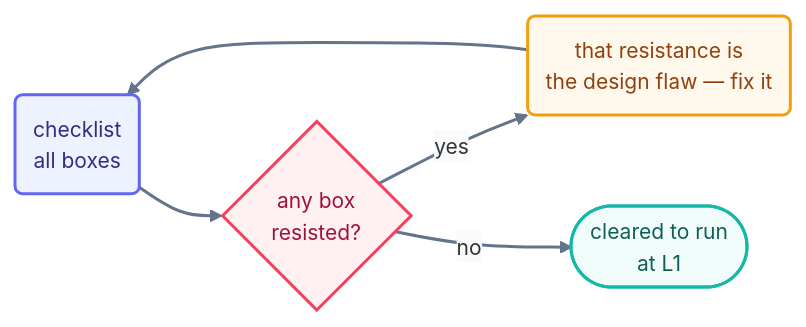
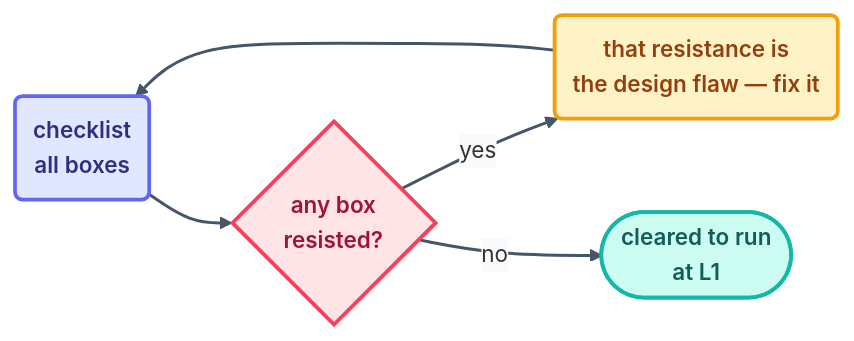
Before and after one commit to ayeshakhalid192007-dev/LoopEngineering-CrashCourse: the diagram in docs/09-methods/loop-design-checklist.md, drawn with Mermaid. The commit also changed 66 other files, not shown here.

First line of the commit message:
docs(diagrams): visibly bolder pass — deeper fills, heavier strokes, semibold labels

````diff
--- a/docs/09-methods/loop-design-checklist.md
+++ b/docs/09-methods/loop-design-checklist.md
@@ -57,13 +57,13 @@
 ```mermaid
-%%{init: {'theme':'base','themeVariables':{'fontFamily':'ui-sans-serif, system-ui, sans-serif','fontSize':'14px','lineColor':'#64748b','edgeLabelBackground':'#f8fafc'},'flowchart':{'curve':'basis','nodeSpacing':45,'rankSpacing':55,'padding':12}}}%%
+%%{init: {'theme':'base','themeVariables':{'fontFamily':'ui-sans-serif, system-ui, sans-serif','fontSize':'15px','lineColor':'#475569','edgeLabelBackground':'#f8fafc'},'flowchart':{'curve':'basis','nodeSpacing':45,'rankSpacing':55,'padding':12}}}%%
 flowchart LR
     CL("checklist<br/>all boxes"):::step --> Q{"any box<br/>resisted?"}:::limit
     Q -->|yes| FIX("that resistance is<br/>the design flaw — fix it"):::warn
     FIX --> CL
     Q -->|no| RUN(["cleared to run<br/>at L1"]):::win
-    linkStyle default stroke:#64748b,stroke-width:2px;
-    classDef step fill:#eef2ff,stroke:#6366f1,stroke-width:2px,color:#312e81;
-    classDef limit fill:#fff1f2,stroke:#f43f5e,stroke-width:2px,color:#9f1239;
-    classDef warn fill:#fef9ec,stroke:#f59e0b,stroke-width:2px,color:#92400e;
-    classDef win fill:#effcf9,stroke:#14b8a6,stroke-width:2px,color:#115e59;
+    linkStyle default stroke:#475569,stroke-width:2px;
+    classDef step fill:#e0e7ff,stroke:#6366f1,stroke-width:2.5px,color:#312e81,font-weight:600;
+    classDef limit fill:#ffe4e6,stroke:#f43f5e,stroke-width:2.5px,color:#9f1239,font-weight:600;
+    classDef warn fill:#fef3c7,stroke:#f59e0b,stroke-width:2.5px,color:#92400e,font-weight:600;
+    classDef win fill:#ccfbf1,stroke:#14b8a6,stroke-width:2.5px,color:#115e59,font-weight:600;
 ```
````
